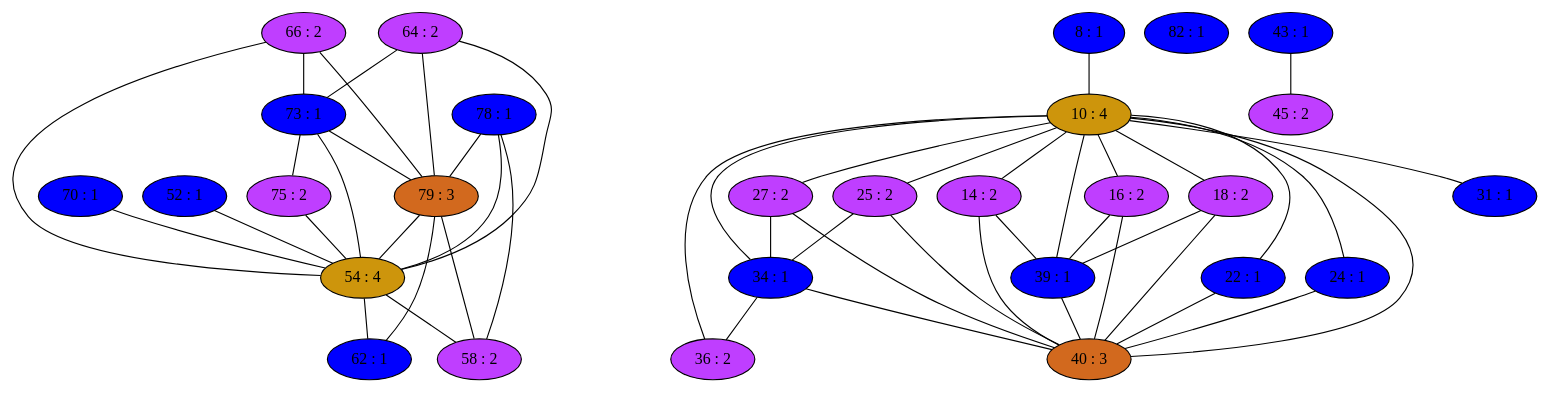
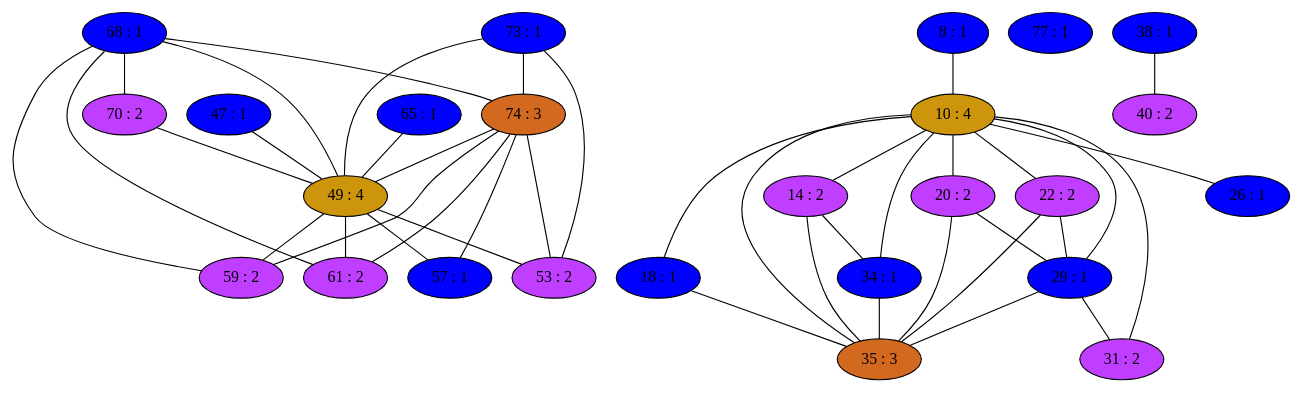
The diagram in Compiler/15iGraph.dot (mbajaj92/Project-Astoria), drawn with Graphviz before and after one commit. The commit also changed 85 other files, not shown here.

```diff
--- a/Compiler/15iGraph.dot
+++ b/Compiler/15iGraph.dot
@@ -1,128 +1,109 @@
 strict graph {
-64[label="64 : 2" style=filled fillcolor="darkorchid1"];
-64 -- 54
-64 -- 73
-64 -- 79
-66[label="66 : 2" style=filled fillcolor="darkorchid1"];
-66 -- 54
-66 -- 73
-66 -- 79
-70[label="70 : 1" style=filled fillcolor="blue1"];
-70 -- 54
+65[label="65 : 1" style=filled fillcolor="blue1"];
+65 -- 49
+68[label="68 : 1" style=filled fillcolor="blue1"];
+68 -- 49
+68 -- 70
+68 -- 74
+68 -- 59
+68 -- 61
+70[label="70 : 2" style=filled fillcolor="darkorchid1"];
+70 -- 49
+70 -- 68
 8[label="8 : 1" style=filled fillcolor="blue1"];
 8 -- 10
 73[label="73 : 1" style=filled fillcolor="blue1"];
-73 -- 64
-73 -- 66
-73 -- 54
-73 -- 75
-73 -- 79
+73 -- 49
+73 -- 53
+73 -- 74
 10[label="10 : 4" style=filled fillcolor="darkgoldenrod3"];
 10 -- 34
-10 -- 36
-10 -- 39
-10 -- 40
+10 -- 18
+10 -- 35
+10 -- 20
+10 -- 22
 10 -- 8
+10 -- 26
+10 -- 29
 10 -- 14
-10 -- 16
-10 -- 18
-10 -- 22
-10 -- 24
-10 -- 25
-10 -- 27
 10 -- 31
-75[label="75 : 2" style=filled fillcolor="darkorchid1"];
-75 -- 54
-75 -- 73
+74[label="74 : 3" style=filled fillcolor="chocolate"];
+74 -- 49
+74 -- 68
+74 -- 53
+74 -- 73
+74 -- 57
+74 -- 59
+74 -- 61
+77[label="77 : 1" style=filled fillcolor="blue1"];
 14[label="14 : 2" style=filled fillcolor="darkorchid1"];
-14 -- 39
-14 -- 40
+14 -- 34
+14 -- 35
 14 -- 10
-78[label="78 : 1" style=filled fillcolor="blue1"];
-78 -- 54
-78 -- 58
-78 -- 79
-79[label="79 : 3" style=filled fillcolor="chocolate"];
-79 -- 64
-79 -- 66
-79 -- 54
-79 -- 73
-79 -- 58
-79 -- 78
-79 -- 62
-16[label="16 : 2" style=filled fillcolor="darkorchid1"];
-16 -- 39
-16 -- 40
-16 -- 10
-18[label="18 : 2" style=filled fillcolor="darkorchid1"];
-18 -- 39
-18 -- 40
+18[label="18 : 1" style=filled fillcolor="blue1"];
+18 -- 35
 18 -- 10
-82[label="82 : 1" style=filled fillcolor="blue1"];
-22[label="22 : 1" style=filled fillcolor="blue1"];
-22 -- 40
+20[label="20 : 2" style=filled fillcolor="darkorchid1"];
+20 -- 35
+20 -- 10
+20 -- 29
+22[label="22 : 2" style=filled fillcolor="darkorchid1"];
+22 -- 35
 22 -- 10
-24[label="24 : 1" style=filled fillcolor="blue1"];
-24 -- 40
-24 -- 10
-25[label="25 : 2" style=filled fillcolor="darkorchid1"];
-25 -- 34
-25 -- 40
-25 -- 10
-27[label="27 : 2" style=filled fillcolor="darkorchid1"];
-27 -- 34
-27 -- 40
-27 -- 10
-31[label="31 : 1" style=filled fillcolor="blue1"];
+22 -- 29
+26[label="26 : 1" style=filled fillcolor="blue1"];
+26 -- 10
+29[label="29 : 1" style=filled fillcolor="blue1"];
+29 -- 35
+29 -- 20
+29 -- 22
+29 -- 10
+29 -- 31
+31[label="31 : 2" style=filled fillcolor="darkorchid1"];
 31 -- 10
+31 -- 29
 34[label="34 : 1" style=filled fillcolor="blue1"];
-34 -- 36
-34 -- 40
-34 -- 25
+34 -- 35
 34 -- 10
-34 -- 27
-36[label="36 : 2" style=filled fillcolor="darkorchid1"];
-36 -- 34
-36 -- 10
-39[label="39 : 1" style=filled fillcolor="blue1"];
-39 -- 16
-39 -- 18
-39 -- 40
-39 -- 10
-39 -- 14
-40[label="40 : 3" style=filled fillcolor="chocolate"];
-40 -- 16
-40 -- 34
-40 -- 18
-40 -- 22
-40 -- 39
-40 -- 24
-40 -- 25
-40 -- 10
-40 -- 27
-40 -- 14
-43[label="43 : 1" style=filled fillcolor="blue1"];
-43 -- 45
-45[label="45 : 2" style=filled fillcolor="darkorchid1"];
-45 -- 43
-52[label="52 : 1" style=filled fillcolor="blue1"];
-52 -- 54
-54[label="54 : 4" style=filled fillcolor="darkgoldenrod3"];
-54 -- 64
-54 -- 66
-54 -- 52
-54 -- 70
-54 -- 73
-54 -- 58
-54 -- 75
-54 -- 78
-54 -- 62
-54 -- 79
-58[label="58 : 2" style=filled fillcolor="darkorchid1"];
-58 -- 54
-58 -- 78
-58 -- 79
-62[label="62 : 1" style=filled fillcolor="blue1"];
-62 -- 54
-62 -- 79
+34 -- 14
+35[label="35 : 3" style=filled fillcolor="chocolate"];
+35 -- 34
+35 -- 18
+35 -- 20
+35 -- 22
+35 -- 10
+35 -- 29
+35 -- 14
+38[label="38 : 1" style=filled fillcolor="blue1"];
+38 -- 40
+40[label="40 : 2" style=filled fillcolor="darkorchid1"];
+40 -- 38
+47[label="47 : 1" style=filled fillcolor="blue1"];
+47 -- 49
+49[label="49 : 4" style=filled fillcolor="darkgoldenrod3"];
+49 -- 65
+49 -- 68
+49 -- 53
+49 -- 70
+49 -- 73
+49 -- 57
+49 -- 74
+49 -- 59
+49 -- 61
+49 -- 47
+53[label="53 : 2" style=filled fillcolor="darkorchid1"];
+53 -- 49
+53 -- 73
+53 -- 74
+57[label="57 : 1" style=filled fillcolor="blue1"];
+57 -- 49
+57 -- 74
+59[label="59 : 2" style=filled fillcolor="darkorchid1"];
+59 -- 49
+59 -- 68
+59 -- 74
+61[label="61 : 2" style=filled fillcolor="darkorchid1"];
+61 -- 49
+61 -- 68
+61 -- 74
 }
```
